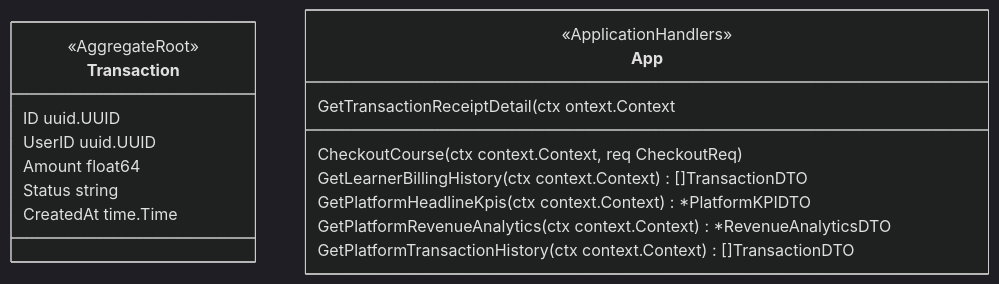
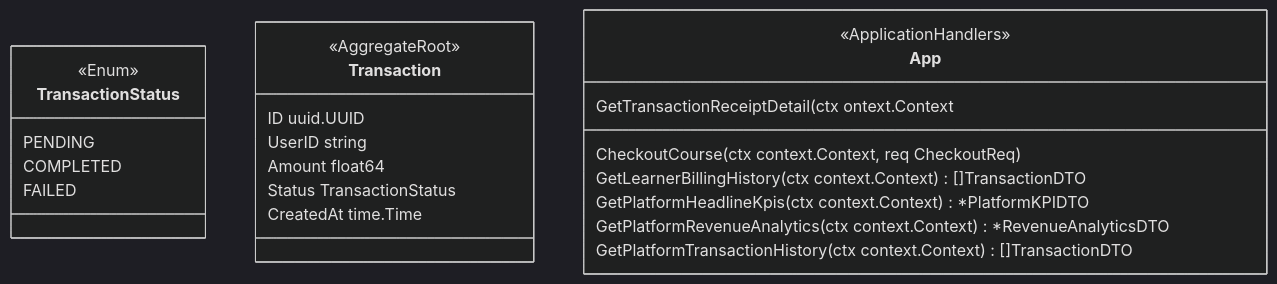
The second of 3 diagrams in docs/src/references/class-diagram.md (egolia-uit/egolia), drawn with Mermaid (dark theme) before and after one commit. The commit also changed other lines of this file and 3 other files, not shown here.

````diff
--- a/docs/src/references/class-diagram.md
+++ b/docs/src/references/class-diagram.md
@@ -75,21 +131,28 @@
 ```mermaid
 classDiagram
+    class TransactionStatus {
+        <<Enum>>
+        PENDING
+        COMPLETED
+        FAILED
+    }
+
     class Transaction {
         <<AggregateRoot>>
         ID uuid.UUID
-        UserID uuid.UUID
+        UserID string
         Amount float64
-        Status string
+        Status TransactionStatus
         CreatedAt time.Time
     }
 
     class App {
         <<ApplicationHandlers>>
         CheckoutCourse(ctx context.Context, req CheckoutReq)
         GetLearnerBillingHistory(ctx context.Context) []TransactionDTO
         GetTransactionReceiptDetail(ctx ontext.Context
         GetPlatformHeadlineKpis(ctx context.Context) *PlatformKPIDTO
         GetPlatformRevenueAnalytics(ctx context.Context) *RevenueAnalyticsDTO
         GetPlatformTransactionHistory(ctx context.Context) []TransactionDTO
     }
 ```
````
